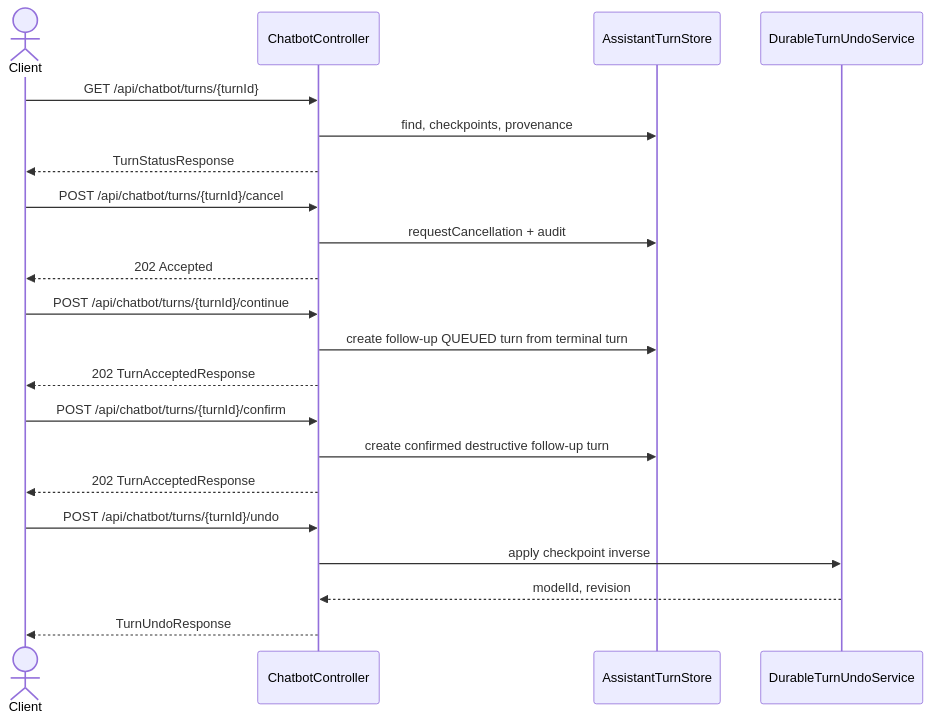
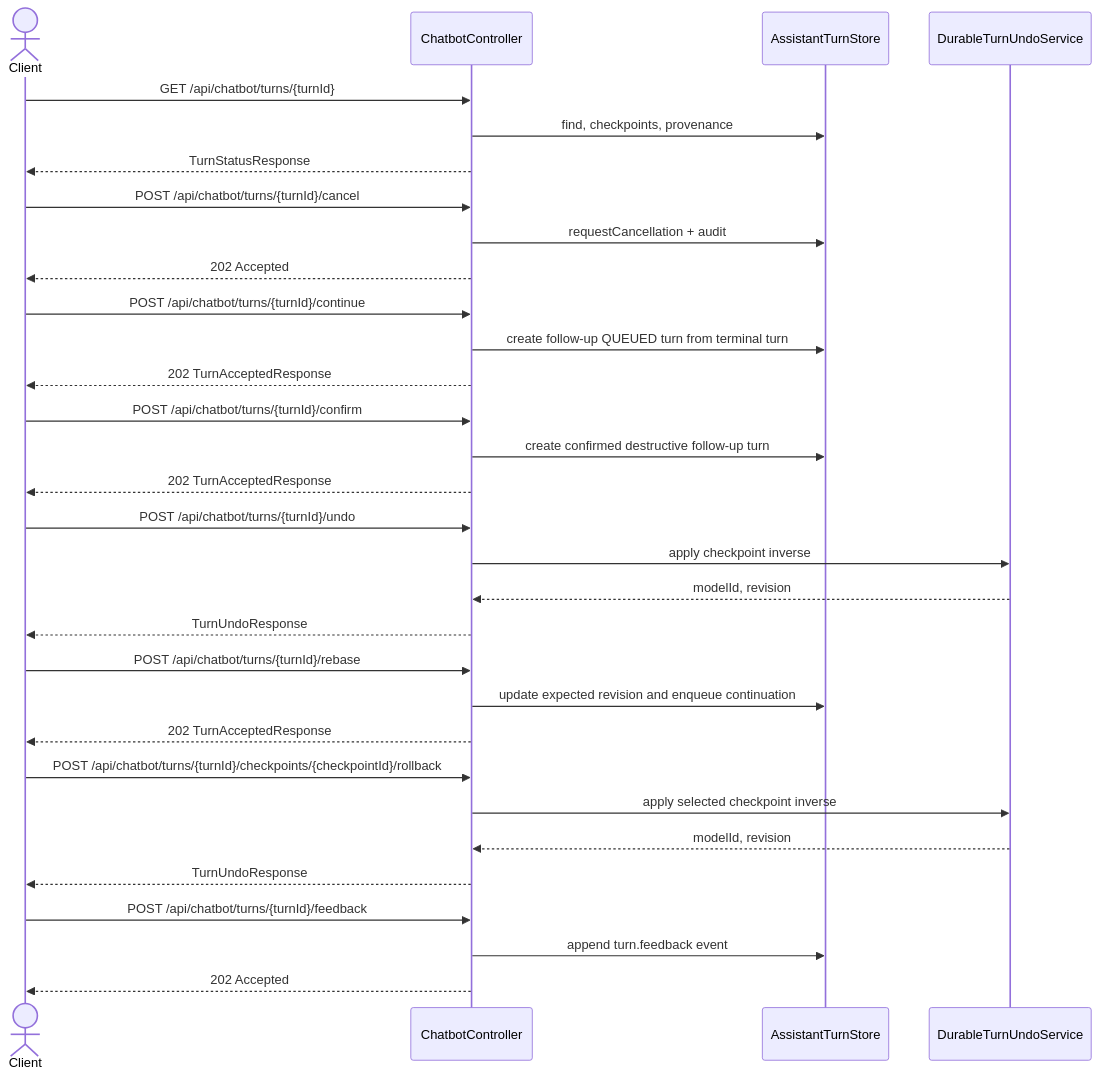
The fourth of 5 diagrams in docs/diagrams/13-api-assistant-sequences.md (mehdieidi/modriss), drawn with Mermaid before and after one commit. The commit also changed other lines of this file and 44 other files, not shown here.

````diff
--- a/docs/diagrams/13-api-assistant-sequences.md
+++ b/docs/diagrams/13-api-assistant-sequences.md
@@ -70,28 +73,41 @@
 ```mermaid
 sequenceDiagram
     actor Client
     participant C as ChatbotController
     participant T as AssistantTurnStore
     participant Undo as DurableTurnUndoService
 
     Client->>C: GET /api/chatbot/turns/{turnId}
     C->>T: find, checkpoints, provenance
     C-->>Client: TurnStatusResponse
 
     Client->>C: POST /api/chatbot/turns/{turnId}/cancel
     C->>T: requestCancellation + audit
     C-->>Client: 202 Accepted
 
     Client->>C: POST /api/chatbot/turns/{turnId}/continue
     C->>T: create follow-up QUEUED turn from terminal turn
     C-->>Client: 202 TurnAcceptedResponse
 
     Client->>C: POST /api/chatbot/turns/{turnId}/confirm
     C->>T: create confirmed destructive follow-up turn
     C-->>Client: 202 TurnAcceptedResponse
 
     Client->>C: POST /api/chatbot/turns/{turnId}/undo
     C->>Undo: apply checkpoint inverse
     Undo-->>C: modelId, revision
     C-->>Client: TurnUndoResponse
+
+    Client->>C: POST /api/chatbot/turns/{turnId}/rebase
+    C->>T: update expected revision and enqueue continuation
+    C-->>Client: 202 TurnAcceptedResponse
+
+    Client->>C: POST /api/chatbot/turns/{turnId}/checkpoints/{checkpointId}/rollback
+    C->>Undo: apply selected checkpoint inverse
+    Undo-->>C: modelId, revision
+    C-->>Client: TurnUndoResponse
+
+    Client->>C: POST /api/chatbot/turns/{turnId}/feedback
+    C->>T: append turn.feedback event
+    C-->>Client: 202 Accepted
 ```
````
